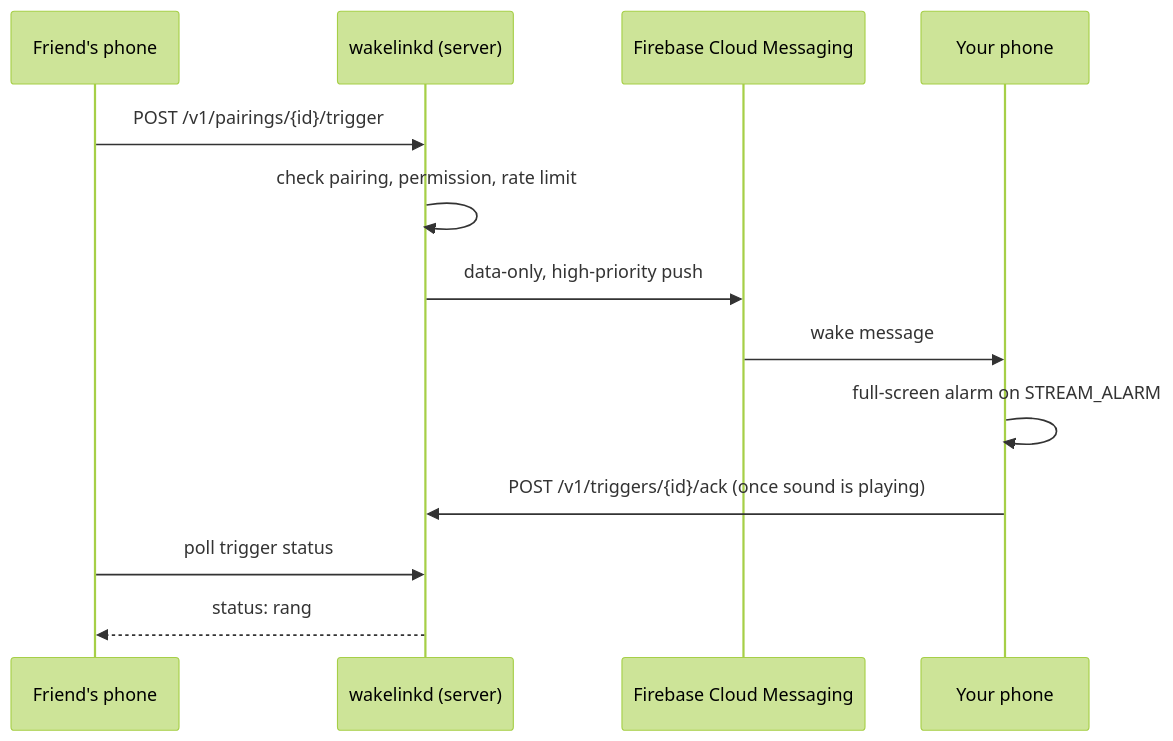
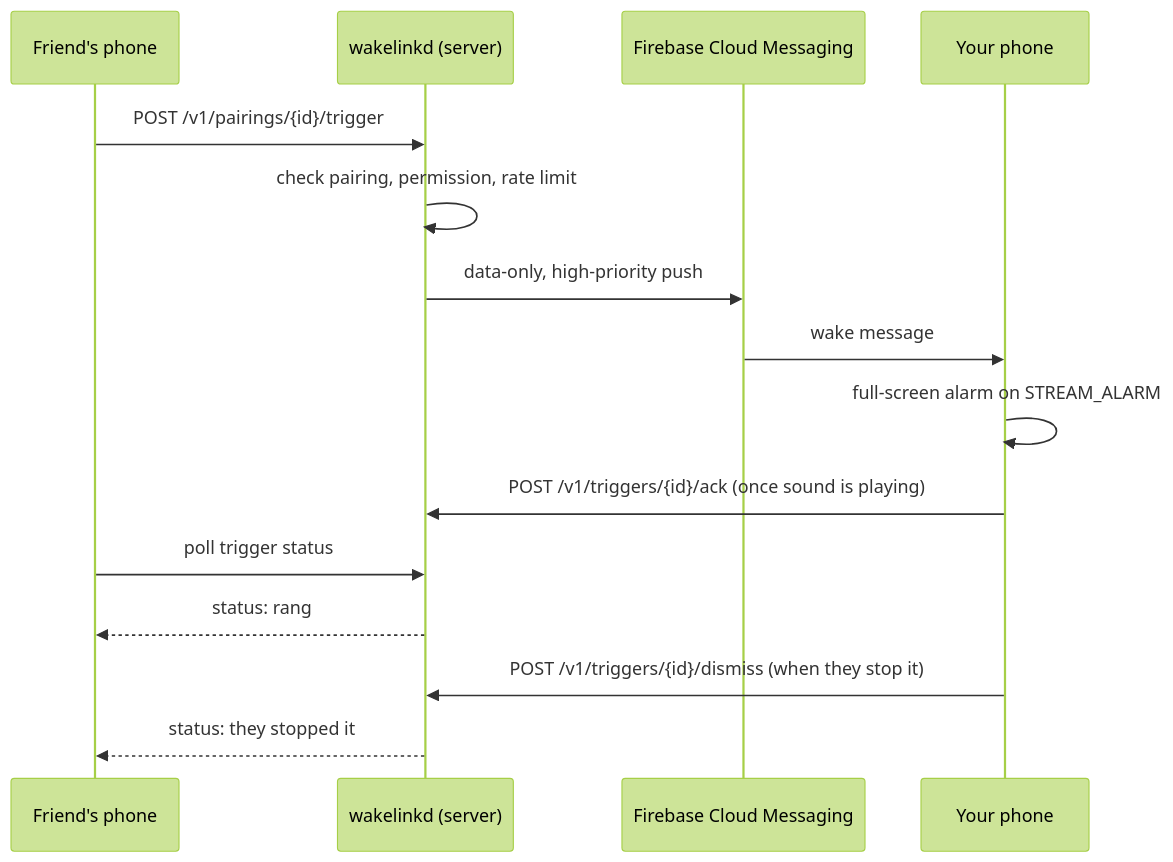
The diagram in README.md (seolcu/wakelink), drawn with Mermaid (forest theme) before and after one commit. The commit also changed other lines of this file and 31 other files, not shown here.

First line of the commit message:
0.4.0: "they stopped it" for the sender, one-off messages, history retention

````diff
--- a/README.md
+++ b/README.md
@@ -66,15 +66,17 @@
 ```mermaid
 sequenceDiagram
     participant A as Friend's phone
     participant S as wakelinkd (server)
     participant F as Firebase Cloud Messaging
     participant B as Your phone
     A->>S: POST /v1/pairings/{id}/trigger
     S->>S: check pairing, permission, rate limit
     S->>F: data-only, high-priority push
     F->>B: wake message
     B->>B: full-screen alarm on STREAM_ALARM
     B->>S: POST /v1/triggers/{id}/ack (once sound is playing)
     A->>S: poll trigger status
     S-->>A: status: rang
+    B->>S: POST /v1/triggers/{id}/dismiss (when they stop it)
+    S-->>A: status: they stopped it
 ```
````
